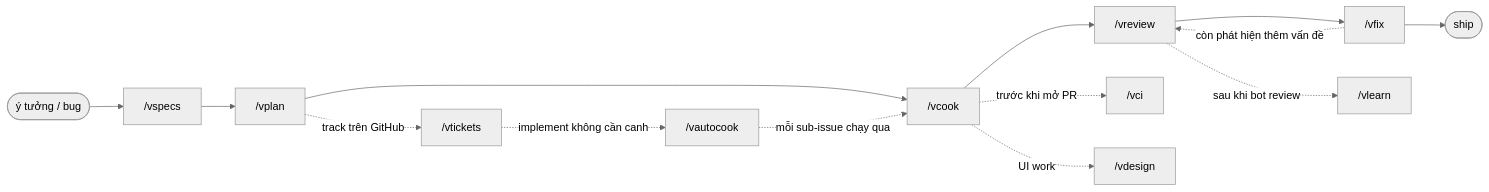
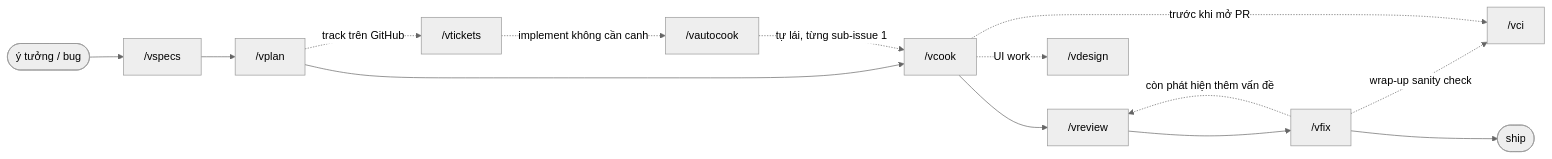
One commit to vyvu99/vskills changed the diagram in README.vi.md. Above: the diagram before and after it, drawn with Mermaid (neutral theme). The commit also changed other lines of this file and 1 other file, not shown here.

````diff
--- a/README.vi.md
+++ b/README.vi.md
@@ -41,17 +57,17 @@
 ```mermaid
 flowchart LR
     idea(["ý tưởng / bug"]) --> specs["/vspecs"]
     specs --> plan["/vplan"]
     plan --> cook["/vcook"]
     cook --> review["/vreview"]
     review --> fix["/vfix"]
     fix -. còn phát hiện thêm vấn đề .-> review
+    fix -. wrap-up sanity check .-> ci["/vci"]
     fix --> ship(["ship"])
 
     plan -. track trên GitHub .-> tickets["/vtickets"]
     tickets -. implement không cần canh .-> auto["/vautocook"]
-    auto -. mỗi sub-issue chạy qua .-> cook
-    cook -. trước khi mở PR .-> ci["/vci"]
+    auto -. tự lái, từng sub-issue 1 .-> cook
+    cook -. trước khi mở PR .-> ci
     cook -. UI work .-> design["/vdesign"]
-    review -. sau khi bot review .-> learn["/vlearn"]
 ```
````
